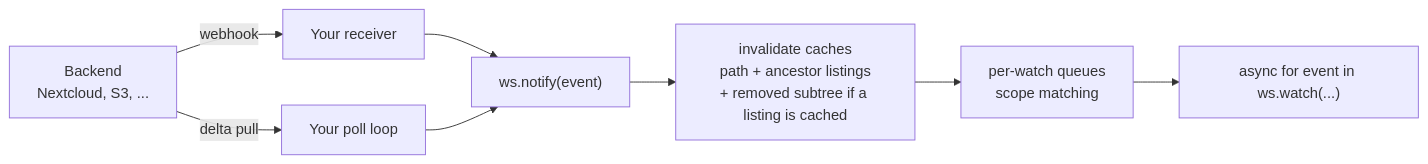
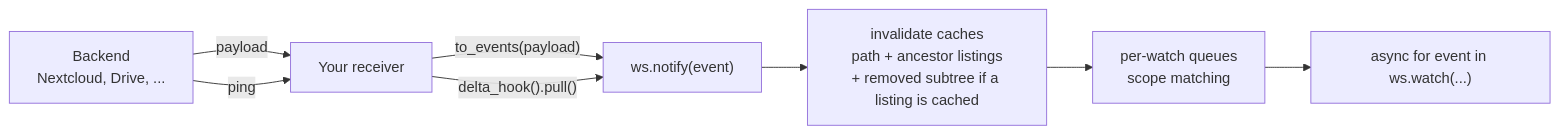
The diagram in docs/python/watch.mdx (strukto-ai/mirage), drawn with Mermaid before and after one commit. The commit also changed other lines of this file and 11 other files, not shown here.

````diff
--- a/docs/python/watch.mdx
+++ b/docs/python/watch.mdx
@@ -31,10 +32,10 @@
 ```mermaid
 flowchart LR
-    NC[Backend<br/>Nextcloud, S3, ...] -->|webhook| RX[Your receiver]
-    NC -->|delta pull| PL[Your poll loop]
-    RX --> N["ws.notify(event)"]
-    PL --> N
+    BE[Backend<br/>Nextcloud, Drive, ...] -->|payload| RX[Your receiver]
+    BE -->|ping| RX
+    RX -->|"to_events(payload)"| N["ws.notify(event)"]
+    RX -->|"delta_hook().pull()"| N
     N --> INV[invalidate caches<br/>path + ancestor listings<br/>+ removed subtree if a listing is cached]
     INV --> Q[per-watch queues<br/>scope matching]
     Q --> W["async for event in ws.watch(...)"]
 ```
````
